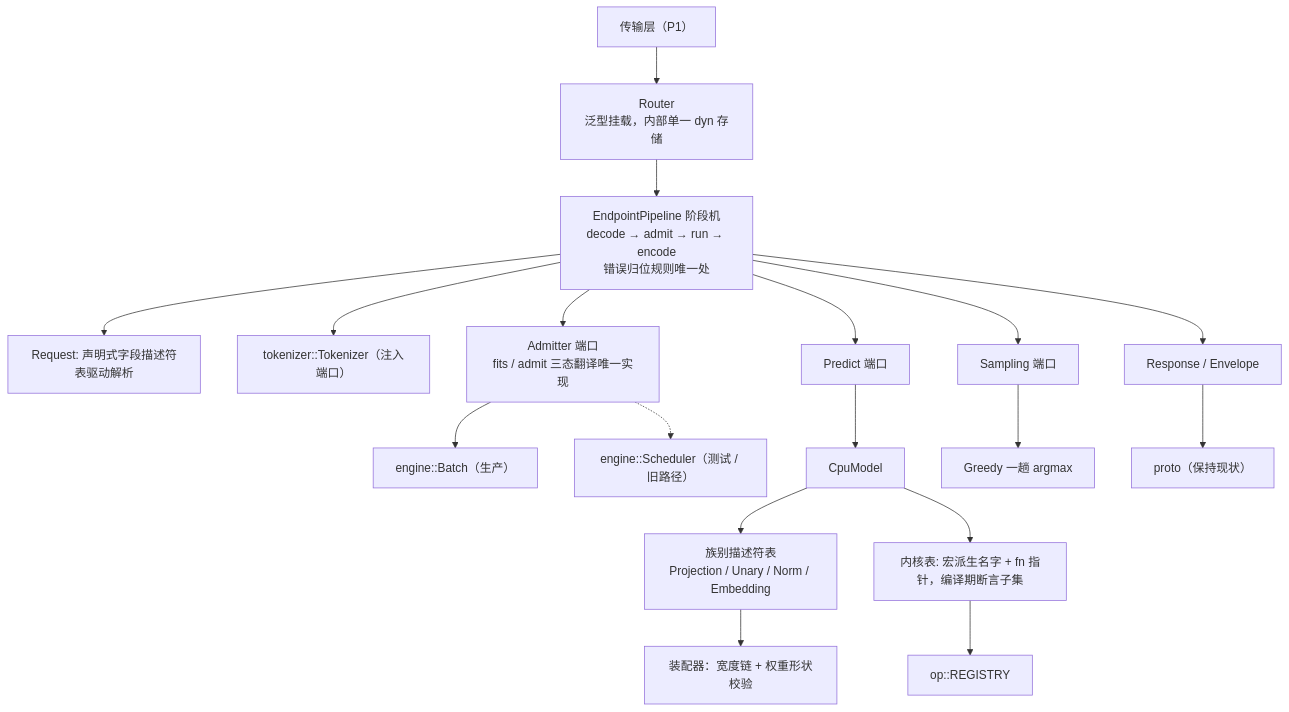
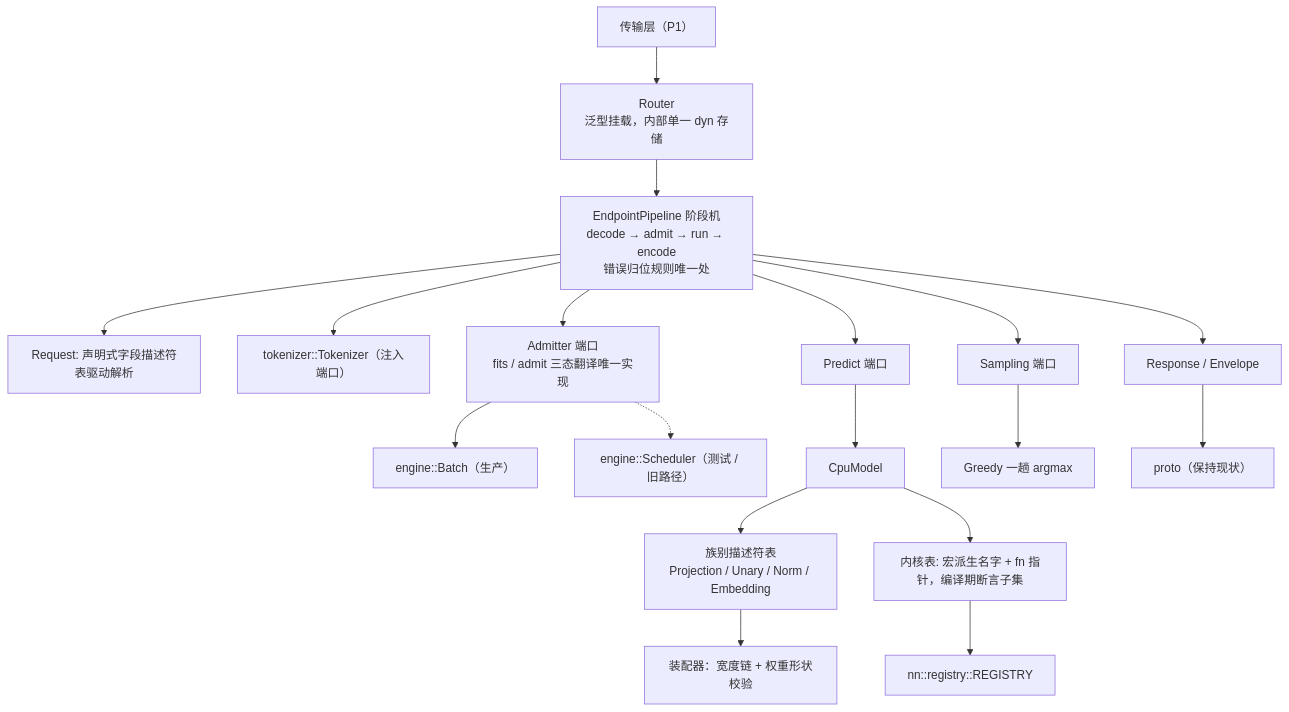
One commit to spapient/llm changed the second of 2 diagrams in docs/serve-deep-optimization-design.md. Above: the diagram before and after it, drawn with Mermaid. The commit also changed other lines of this file and 21 other files, not shown here.

````diff
--- a/docs/serve-deep-optimization-design.md
+++ b/docs/serve-deep-optimization-design.md
@@ -161,21 +161,21 @@
 ```mermaid
 graph TD
     Transport["传输层（P1）"] --> Router["Router<br/>泛型挂载，内部单一 dyn 存储"]
     Router --> Pipeline["EndpointPipeline 阶段机<br/>decode → admit → run → encode<br/>错误归位规则唯一处"]
 
     Pipeline --> Req["Request: 声明式字段描述符表驱动解析"]
     Pipeline --> Tok["tokenizer::Tokenizer（注入端口）"]
     Pipeline --> Admit["Admitter 端口<br/>fits / admit 三态翻译唯一实现"]
     Admit --> Batch["engine::Batch（生产）"]
     Admit -.-> Sched["engine::Scheduler（测试 / 旧路径）"]
 
     Pipeline --> Predict["Predict 端口"] --> Model["CpuModel"]
     Pipeline --> Sampling["Sampling 端口"] --> Greedy["Greedy 一趟 argmax"]
 
     Model --> Families["族别描述符表<br/>Projection / Unary / Norm / Embedding"]
     Families --> Assemble["装配器：宽度链 + 权重形状校验"]
     Model --> Kernels["内核表: 宏派生名字 + fn 指针，编译期断言子集"]
-    Kernels --> Op["op::REGISTRY"]
+    Kernels --> Op["nn::registry::REGISTRY"]
 
     Pipeline --> Resp["Response / Envelope"] --> Proto["proto（保持现状）"]
 ```
````
